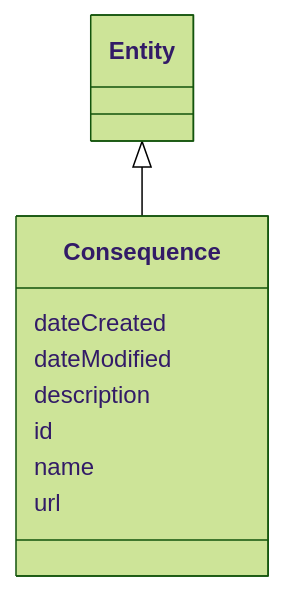
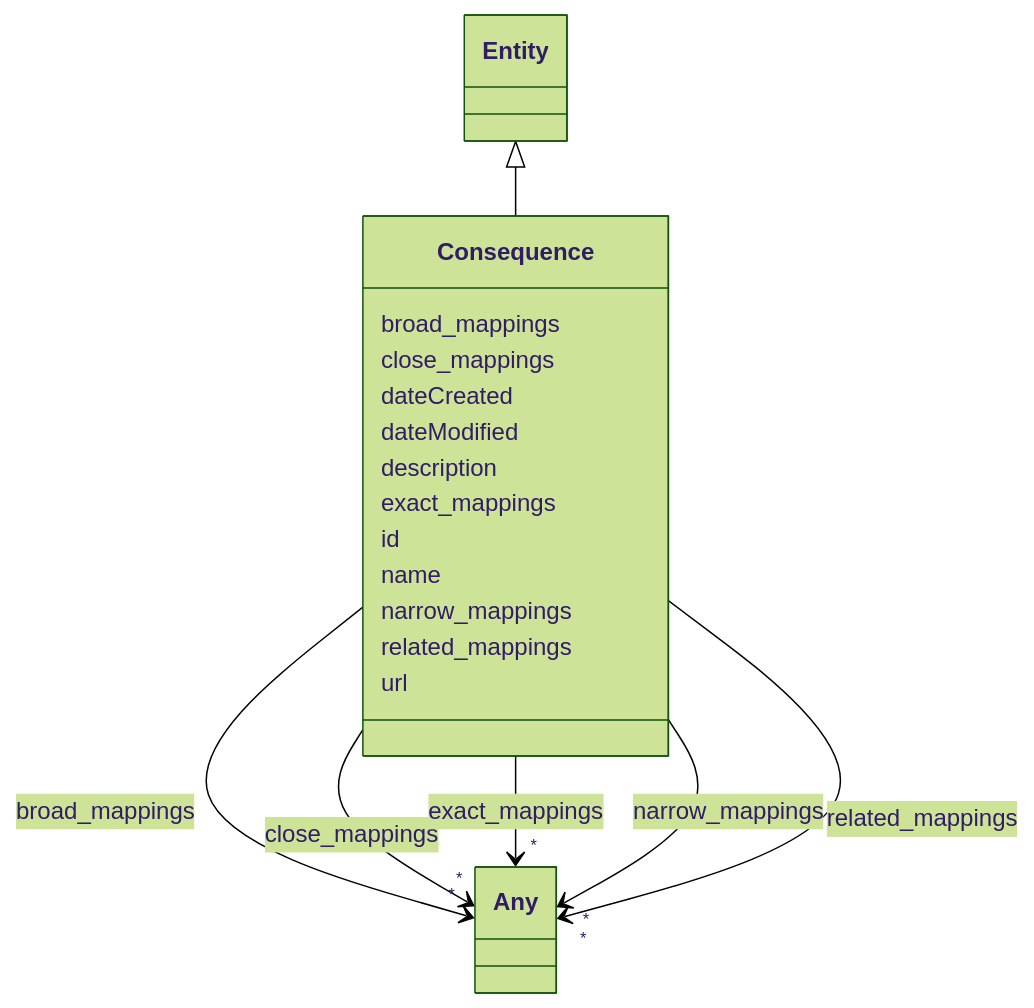
Before and after one commit to ingelise/risk-atlas-nexus: the diagram in docs/ontology/Consequence.md, drawn with Mermaid (forest theme). The commit also changed other lines of this file and 180 other files, not shown here.

````diff
--- a/docs/ontology/Consequence.md
+++ b/docs/ontology/Consequence.md
@@ -13,21 +13,76 @@
 ```mermaid
  classDiagram
     class Consequence
     click Consequence href "../Consequence/"
       Entity <|-- Consequence
         click Entity href "../Entity/"
 
+      Consequence : broad_mappings
+
+
+
+
+
+        Consequence --> "*" Any : broad_mappings
+        click Any href "../Any/"
+
+
+
+      Consequence : close_mappings
+
+
+
+
+
+        Consequence --> "*" Any : close_mappings
+        click Any href "../Any/"
+
+
+
       Consequence : dateCreated
 
       Consequence : dateModified
 
       Consequence : description
 
+      Consequence : exact_mappings
+
+
+
+
+
+        Consequence --> "*" Any : exact_mappings
+        click Any href "../Any/"
+
+
+
       Consequence : id
 
       Consequence : name
+
+      Consequence : narrow_mappings
+
+
+
+
+
+        Consequence --> "*" Any : narrow_mappings
+        click Any href "../Any/"
+
+
+
+      Consequence : related_mappings
+
+
+
+
+
+        Consequence --> "*" Any : related_mappings
+        click Any href "../Any/"
+
+
 
       Consequence : url
 
 
 ```
````
